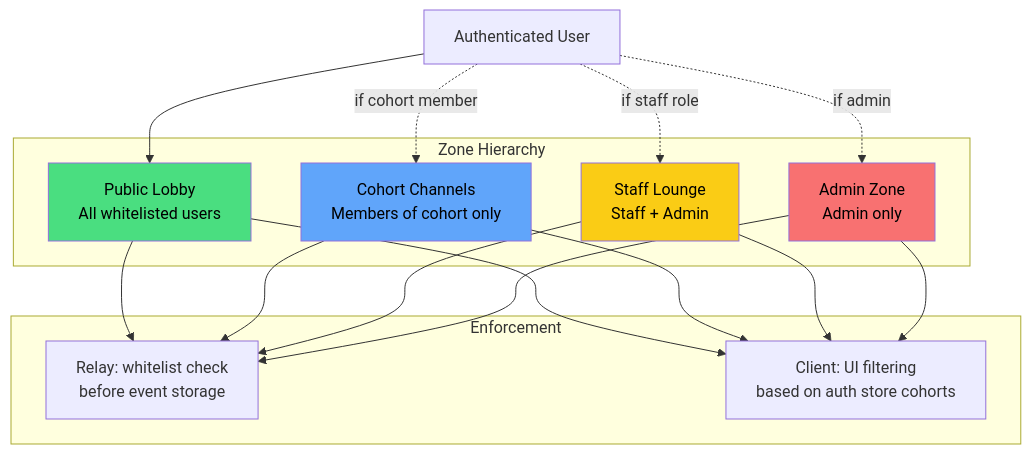
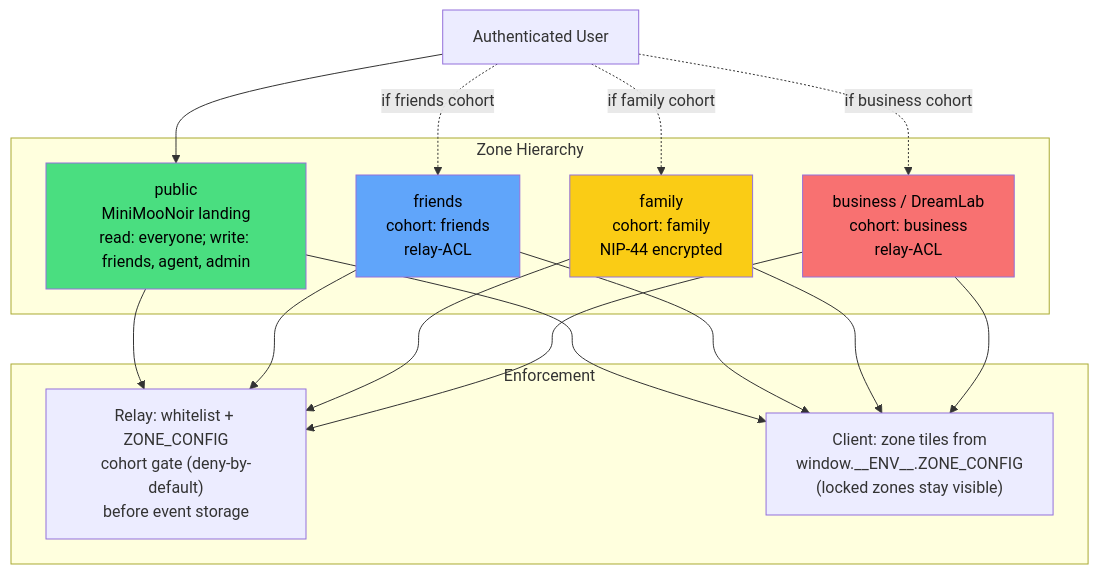
The sixth of 7 diagrams in docs/README.md (DreamLab-AI/dreamlab-ai-website), drawn with Mermaid before and after one commit. The commit also changed other lines of this file and 25 other files, not shown here.

First line of the commit message:
docs(diagrams): verify mermaid diagrams against deployed code; refresh pins, label aspirational flows and known gaps

````diff
--- a/docs/README.md
+++ b/docs/README.md
@@ -326,33 +330,33 @@
 ```mermaid
 graph TB
     subgraph "Zone Hierarchy"
-        PL["Public Lobby<br/>All whitelisted users"]
-        CC["Cohort Channels<br/>Members of cohort only"]
-        SL["Staff Lounge<br/>Staff + Admin"]
-        AZ["Admin Zone<br/>Admin only"]
+        PL["public<br/>MiniMooNoir landing<br/>read: everyone; write: friends, agent, admin"]
+        FR["friends<br/>cohort: friends<br/>relay-ACL"]
+        FA["family<br/>cohort: family<br/>NIP-44 encrypted"]
+        BU["business / DreamLab<br/>cohort: business<br/>relay-ACL"]
     end
 
     USER["Authenticated User"] --> PL
-    USER -.->|"if cohort member"| CC
-    USER -.->|"if staff role"| SL
-    USER -.->|"if admin"| AZ
+    USER -.->|"if friends cohort"| FR
+    USER -.->|"if family cohort"| FA
+    USER -.->|"if business cohort"| BU
 
     subgraph "Enforcement"
-        RELAY_CHECK["Relay: whitelist check<br/>before event storage"]
-        CLIENT_CHECK["Client: UI filtering<br/>based on auth store cohorts"]
+        RELAY_CHECK["Relay: whitelist + ZONE_CONFIG<br/>cohort gate (deny-by-default)<br/>before event storage"]
+        CLIENT_CHECK["Client: zone tiles from<br/>window.__ENV__.ZONE_CONFIG<br/>(locked zones stay visible)"]
     end
 
     PL --> RELAY_CHECK
-    CC --> RELAY_CHECK
-    SL --> RELAY_CHECK
-    AZ --> RELAY_CHECK
+    FR --> RELAY_CHECK
+    FA --> RELAY_CHECK
+    BU --> RELAY_CHECK
     PL --> CLIENT_CHECK
-    CC --> CLIENT_CHECK
-    SL --> CLIENT_CHECK
-    AZ --> CLIENT_CHECK
+    FR --> CLIENT_CHECK
+    FA --> CLIENT_CHECK
+    BU --> CLIENT_CHECK
 
     style PL fill:#4ade80,color:#000
-    style CC fill:#60a5fa,color:#000
-    style SL fill:#facc15,color:#000
-    style AZ fill:#f87171,color:#000
+    style FR fill:#60a5fa,color:#000
+    style FA fill:#facc15,color:#000
+    style BU fill:#f87171,color:#000
 ```
````
